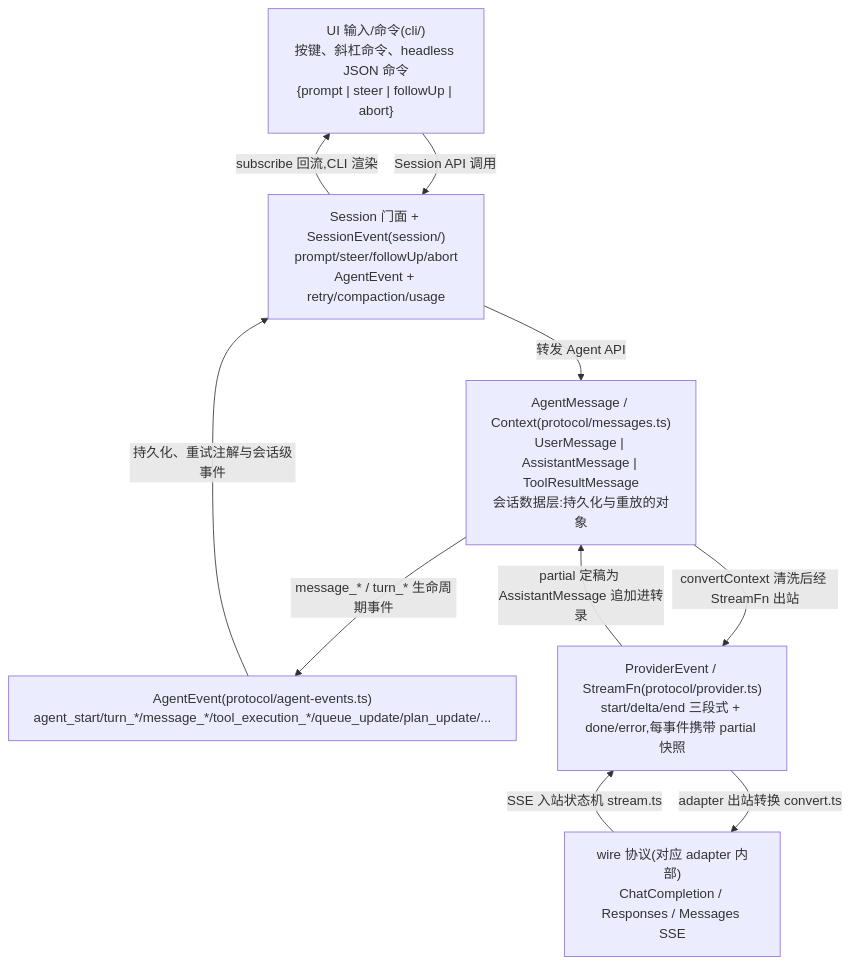
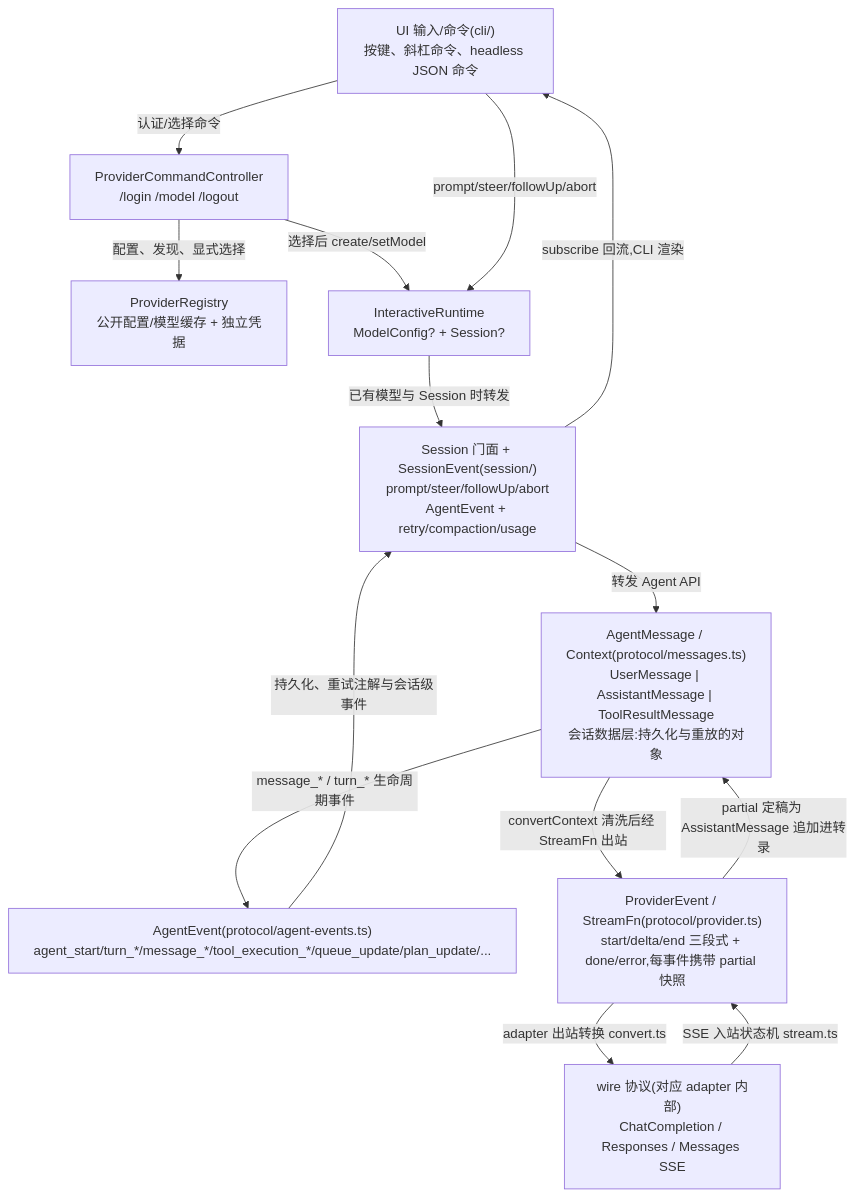
The second of 3 diagrams in docs/02-architecture.md (rita152/coda), drawn with Mermaid before and after one commit. The commit also changed other lines of this file and 34 other files, not shown here.

First line of the commit message:
Add provider management and harden session lifecycle

````diff
--- a/docs/02-architecture.md
+++ b/docs/02-architecture.md
@@ -188,19 +188,26 @@
 ```mermaid
 flowchart TB
-  UI["UI 输入/命令(cli/)\n按键、斜杠命令、headless JSON 命令\n{prompt | steer | followUp | abort}"]
+  UI["UI 输入/命令(cli/)\n按键、斜杠命令、headless JSON 命令"]
+  PC["ProviderCommandController\n/login /model /logout"]
+  REG["ProviderRegistry\n公开配置/模型缓存 + 独立凭据"]
+  RT["InteractiveRuntime\nModelConfig? + Session?"]
   SE["Session 门面 + SessionEvent(session/)\nprompt/steer/followUp/abort\nAgentEvent + retry/compaction/usage"]
   AE["AgentEvent(protocol/agent-events.ts)\nagent_start/turn_*/message_*/tool_execution_*/queue_update/plan_update/..."]
   MSG["AgentMessage / Context(protocol/messages.ts)\nUserMessage | AssistantMessage | ToolResultMessage\n会话数据层:持久化与重放的对象"]
   PE["ProviderEvent / StreamFn(protocol/provider.ts)\nstart/delta/end 三段式 + done/error,每事件携带 partial 快照"]
   WIRE["wire 协议(对应 adapter 内部)\nChatCompletion / Responses / Messages SSE"]
 
-  UI -->|"Session API 调用"| SE
+  UI -->|"认证/选择命令"| PC
+  PC -->|"配置、发现、显式选择"| REG
+  PC -->|"选择后 create/setModel"| RT
+  UI -->|"prompt/steer/followUp/abort"| RT
+  RT -->|"已有模型与 Session 时转发"| SE
   SE -->|"转发 Agent API"| MSG
   MSG -->|"convertContext 清洗后经 StreamFn 出站"| PE
   PE -->|"adapter 出站转换 convert.ts"| WIRE
   WIRE -->|"SSE 入站状态机 stream.ts"| PE
   PE -->|"partial 定稿为 AssistantMessage 追加进转录"| MSG
   MSG -->|"message_* / turn_* 生命周期事件"| AE
   AE -->|"持久化、重试注解与会话级事件"| SE
   SE -->|"subscribe 回流,CLI 渲染"| UI
 ```
````
